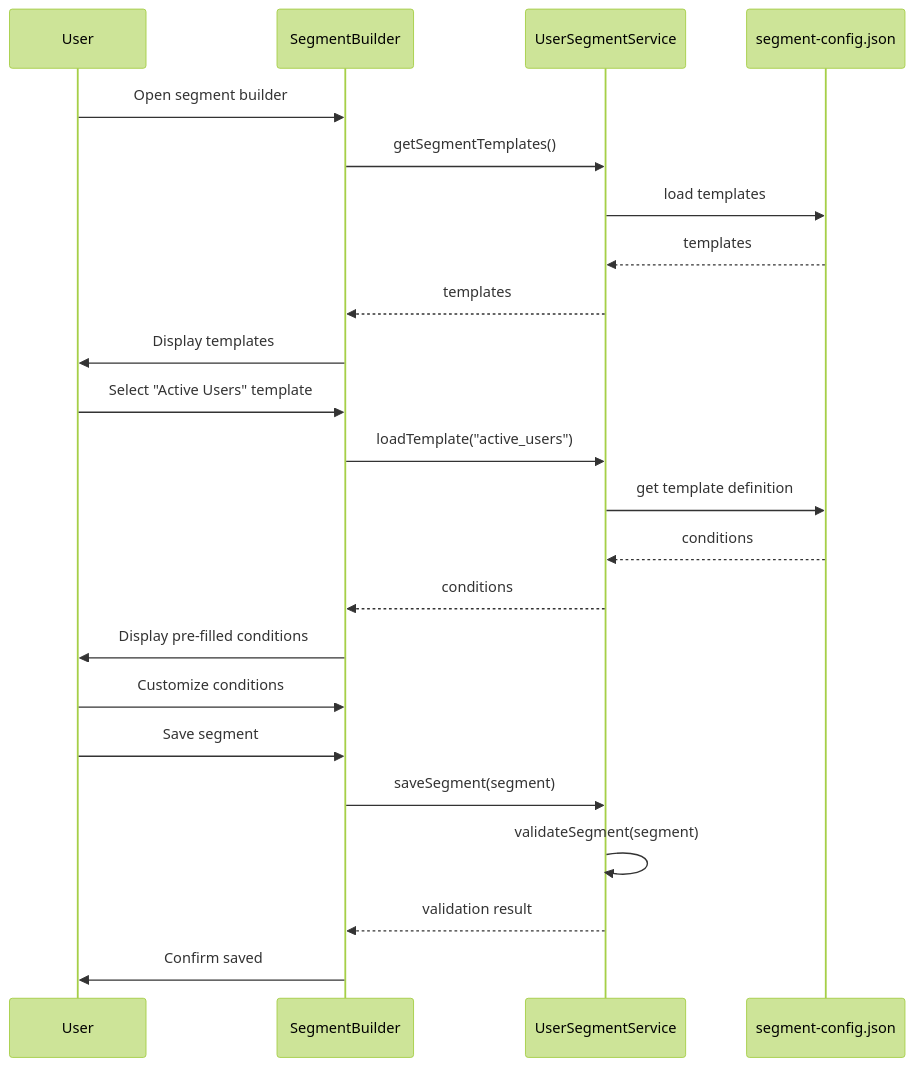
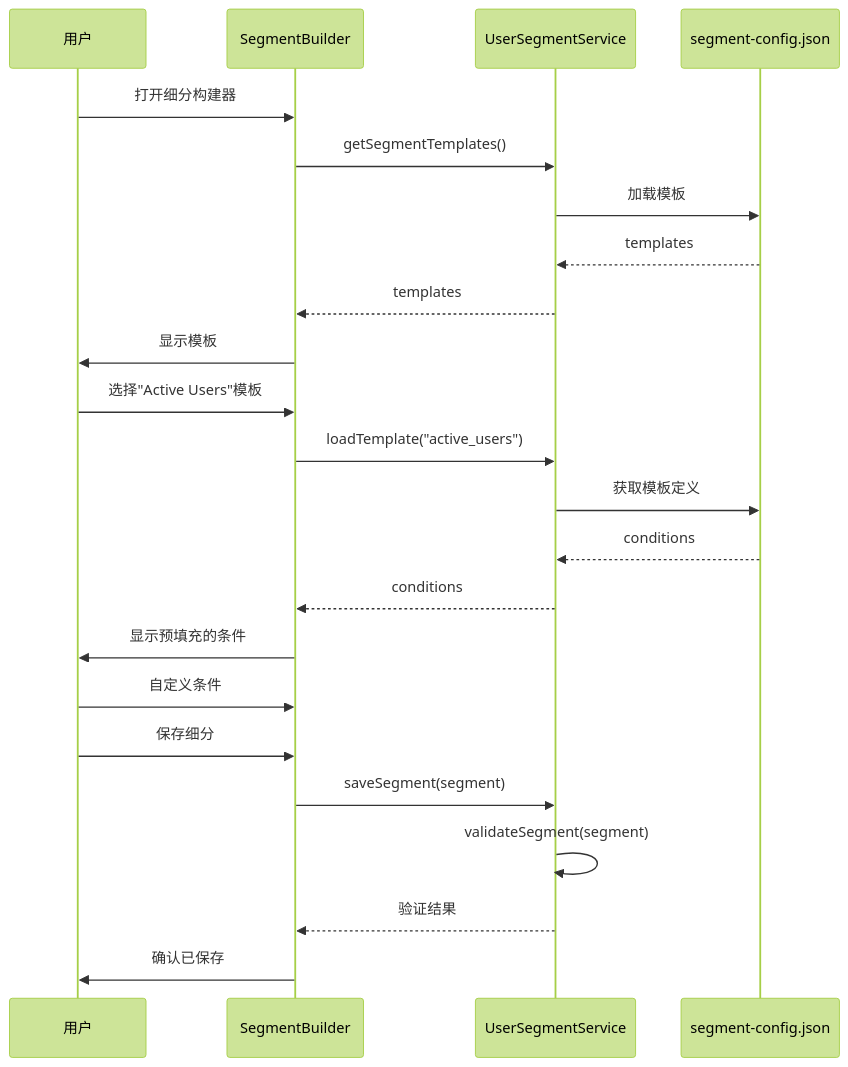
Before and after one commit to liushuai0109/workflow-engine: the sixth of 14 diagrams in openspec/changes/archive/2025-12-19-add-lifecycle-operations-foundation/ARCHITECTURE.md, drawn with Mermaid (forest theme). The commit also changed other lines of this file and 12 other files, not shown here.

````diff
--- a/openspec/changes/archive/2025-12-19-add-lifecycle-operations-foundation/ARCHITECTURE.md
+++ b/openspec/changes/archive/2025-12-19-add-lifecycle-operations-foundation/ARCHITECTURE.md
@@ -254,28 +254,28 @@
 ```mermaid
 sequenceDiagram
-    participant User
+    participant User as 用户
     participant UI as SegmentBuilder
     participant SS as UserSegmentService
     participant Config as segment-config.json
 
-    User->>UI: Open segment builder
+    User->>UI: 打开细分构建器
     UI->>SS: getSegmentTemplates()
-    SS->>Config: load templates
+    SS->>Config: 加载模板
     Config-->>SS: templates
     SS-->>UI: templates
-    UI->>User: Display templates
+    UI->>User: 显示模板
 
-    User->>UI: Select "Active Users" template
+    User->>UI: 选择"Active Users"模板
     UI->>SS: loadTemplate("active_users")
-    SS->>Config: get template definition
+    SS->>Config: 获取模板定义
     Config-->>SS: conditions
     SS-->>UI: conditions
-    UI->>User: Display pre-filled conditions
+    UI->>User: 显示预填充的条件
 
-    User->>UI: Customize conditions
-    User->>UI: Save segment
+    User->>UI: 自定义条件
+    User->>UI: 保存细分
     UI->>SS: saveSegment(segment)
     SS->>SS: validateSegment(segment)
-    SS-->>UI: validation result
-    UI->>User: Confirm saved
+    SS-->>UI: 验证结果
+    UI->>User: 确认已保存
 ```
````
